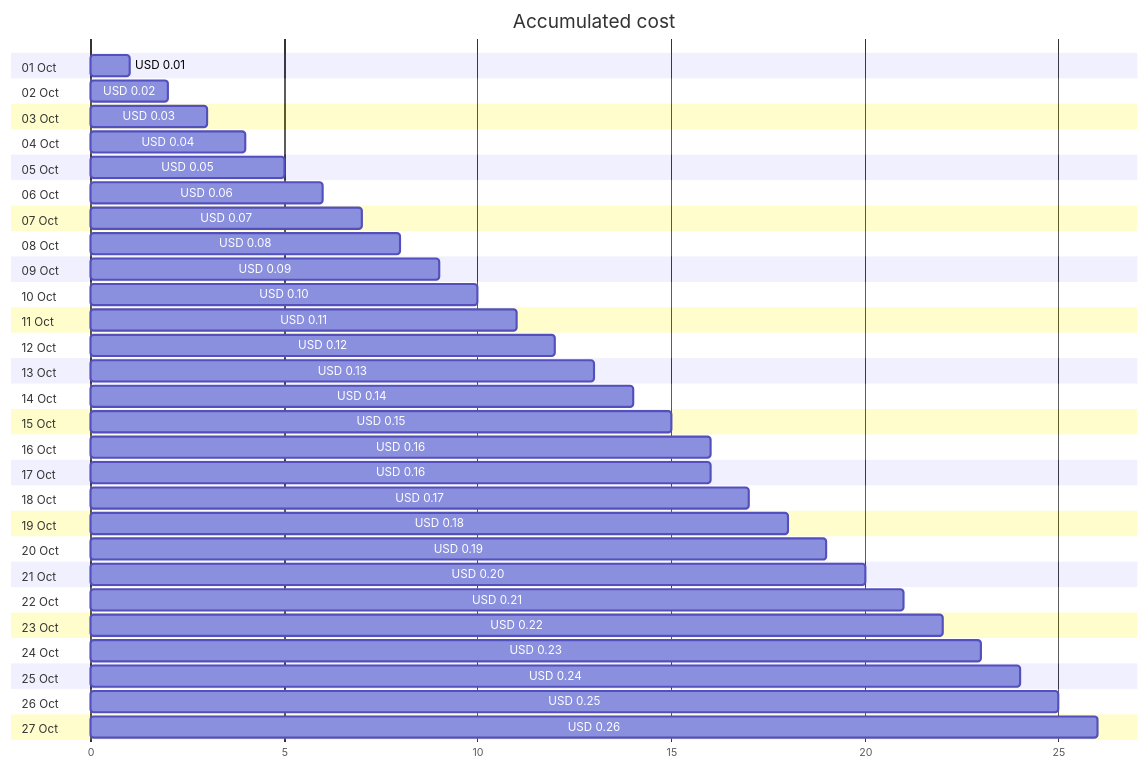
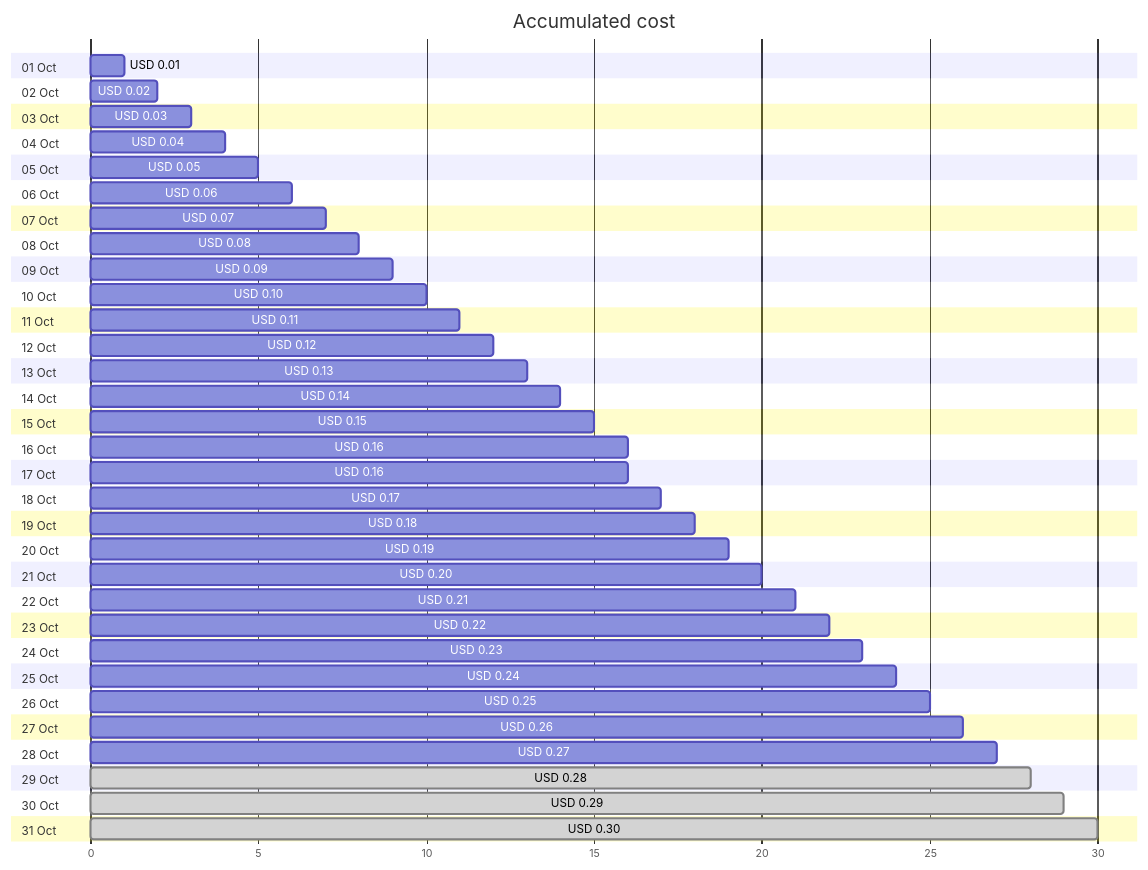
One commit to jpfulton/azure-personal-reports changed the first of 4 diagrams in cost-reports/cloud-shell-storage-eastus/README.md. Above: the diagram before and after it, drawn with Mermaid. The commit also changed other lines of this file and 1 other file, not shown here.

````diff
--- a/cost-reports/cloud-shell-storage-eastus/README.md
+++ b/cost-reports/cloud-shell-storage-eastus/README.md
@@ -20,60 +20,68 @@
 ```mermaid
 gantt
    title Accumulated cost
    dateFormat  X
    axisFormat %s
    section 01 Oct
    USD 0.01 :0, 1
    section 02 Oct
    USD 0.02 :0, 2
    section 03 Oct
    USD 0.03 :0, 3
    section 04 Oct
    USD 0.04 :0, 4
    section 05 Oct
    USD 0.05 :0, 5
    section 06 Oct
    USD 0.06 :0, 6
    section 07 Oct
    USD 0.07 :0, 7
    section 08 Oct
    USD 0.08 :0, 8
    section 09 Oct
    USD 0.09 :0, 9
    section 10 Oct
    USD 0.10 :0, 10
    section 11 Oct
    USD 0.11 :0, 11
    section 12 Oct
    USD 0.12 :0, 12
    section 13 Oct
    USD 0.13 :0, 13
    section 14 Oct
    USD 0.14 :0, 14
    section 15 Oct
    USD 0.15 :0, 15
    section 16 Oct
    USD 0.16 :0, 16
    section 17 Oct
    USD 0.16 :0, 16
    section 18 Oct
    USD 0.17 :0, 17
    section 19 Oct
    USD 0.18 :0, 18
    section 20 Oct
    USD 0.19 :0, 19
    section 21 Oct
    USD 0.20 :0, 20
    section 22 Oct
    USD 0.21 :0, 21
    section 23 Oct
    USD 0.22 :0, 22
    section 24 Oct
    USD 0.23 :0, 23
    section 25 Oct
    USD 0.24 :0, 24
    section 26 Oct
    USD 0.25 :0, 25
    section 27 Oct
    USD 0.26 :0, 26
+   section 28 Oct
+   USD 0.27 :0, 27
+   section 29 Oct
+   USD 0.28 : done, 0, 28
+   section 30 Oct
+   USD 0.29 : done, 0, 29
+   section 31 Oct
+   USD 0.30 : done, 0, 30
 ```
````
